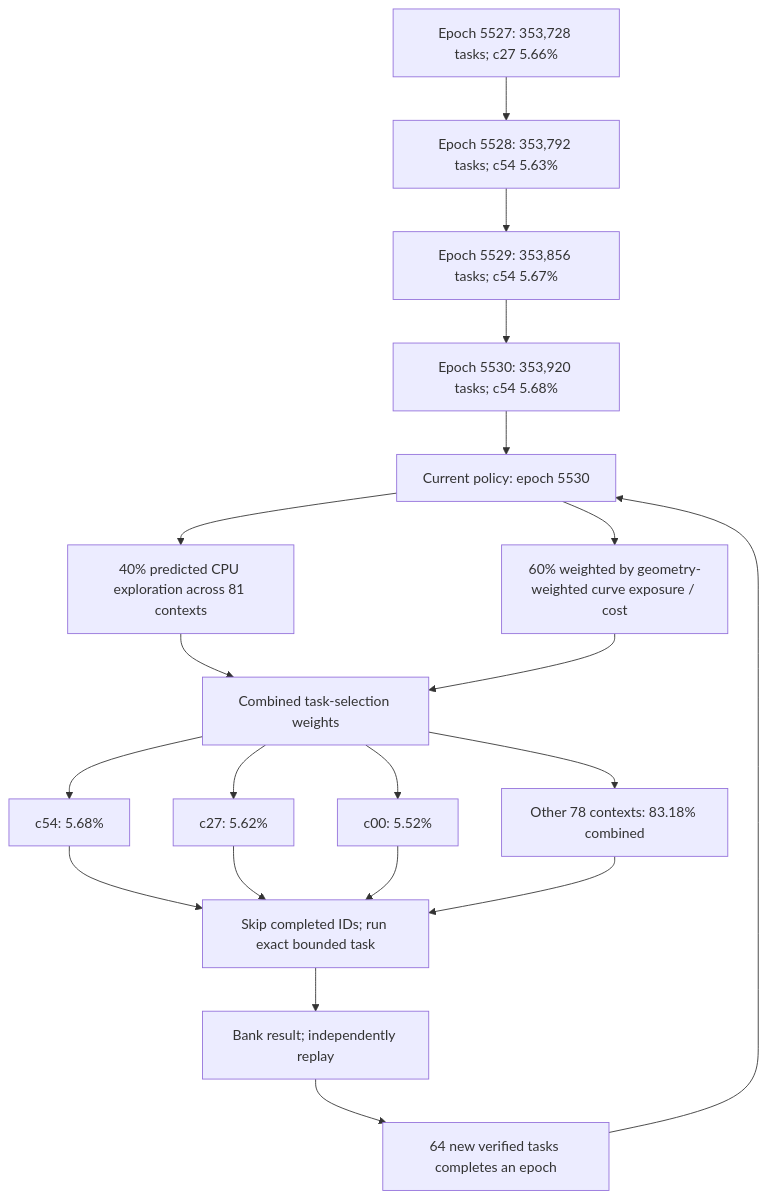
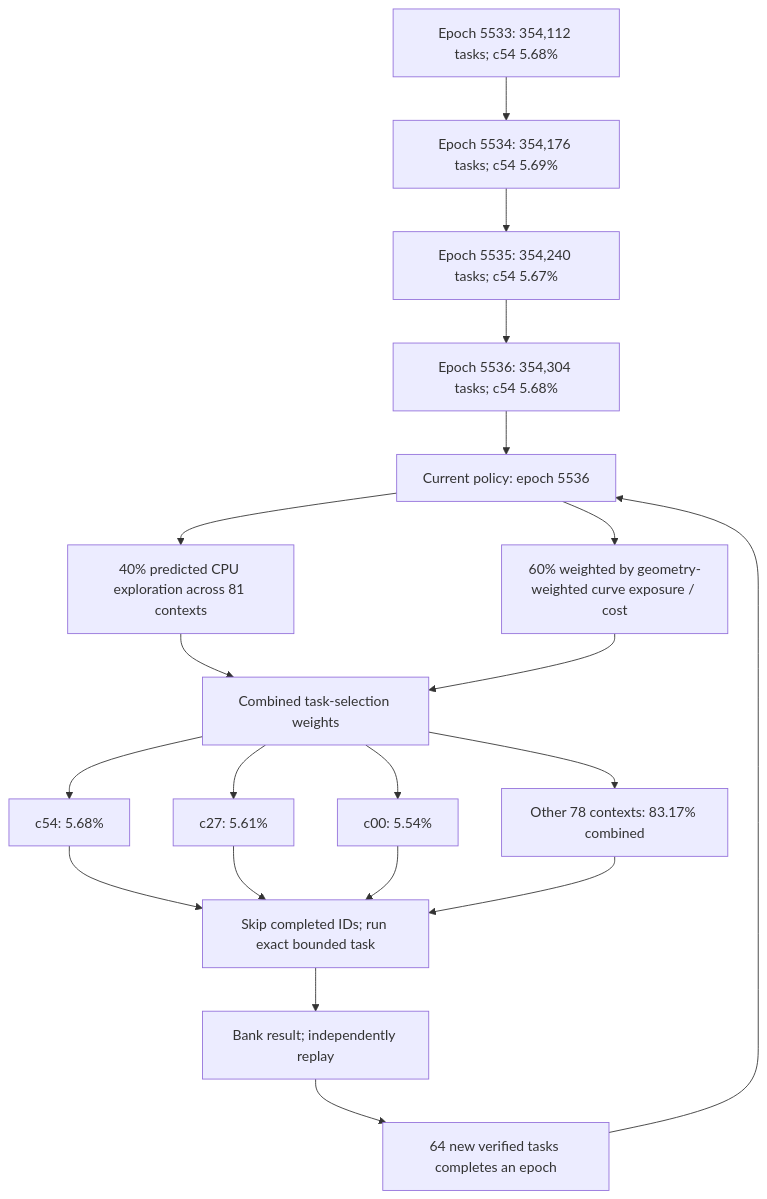
The first of 3 diagrams in README.md (Kuberwastaken/math-gambling), drawn with Mermaid before and after one commit. The commit also changed other lines of this file and 1121 other files, not shown here.

````diff
--- a/README.md
+++ b/README.md
@@ -60,27 +60,27 @@
 ```mermaid
 flowchart TD
-    H0["Epoch 5527: 353,728 tasks; c27 5.66%"]
-    H1["Epoch 5528: 353,792 tasks; c54 5.63%"]
+    H0["Epoch 5533: 354,112 tasks; c54 5.68%"]
+    H1["Epoch 5534: 354,176 tasks; c54 5.69%"]
     H0 --> H1
-    H2["Epoch 5529: 353,856 tasks; c54 5.67%"]
+    H2["Epoch 5535: 354,240 tasks; c54 5.67%"]
     H1 --> H2
-    H3["Epoch 5530: 353,920 tasks; c54 5.68%"]
+    H3["Epoch 5536: 354,304 tasks; c54 5.68%"]
     H2 --> H3
-    Policy["Current policy: epoch 5530"]
+    Policy["Current policy: epoch 5536"]
     H3 --> Policy
     Policy --> Explore["40% predicted CPU exploration across 81 contexts"]
     Policy --> Cost["60% weighted by geometry-weighted curve exposure / cost"]
     Explore --> Mix["Combined task-selection weights"]
     Cost --> Mix
     Mix --> C0["c54: 5.68%"]
-    Mix --> C1["c27: 5.62%"]
-    Mix --> C2["c00: 5.52%"]
-    Mix --> Rest["Other 78 contexts: 83.18% combined"]
+    Mix --> C1["c27: 5.61%"]
+    Mix --> C2["c00: 5.54%"]
+    Mix --> Rest["Other 78 contexts: 83.17% combined"]
     C0 --> Check["Skip completed IDs; run exact bounded task"]
     C1 --> Check
     C2 --> Check
     Rest --> Check
     Check --> Replay["Bank result; independently replay"]
     Replay --> Gate["64 new verified tasks completes an epoch"]
     Gate --> Policy
 ```
````
